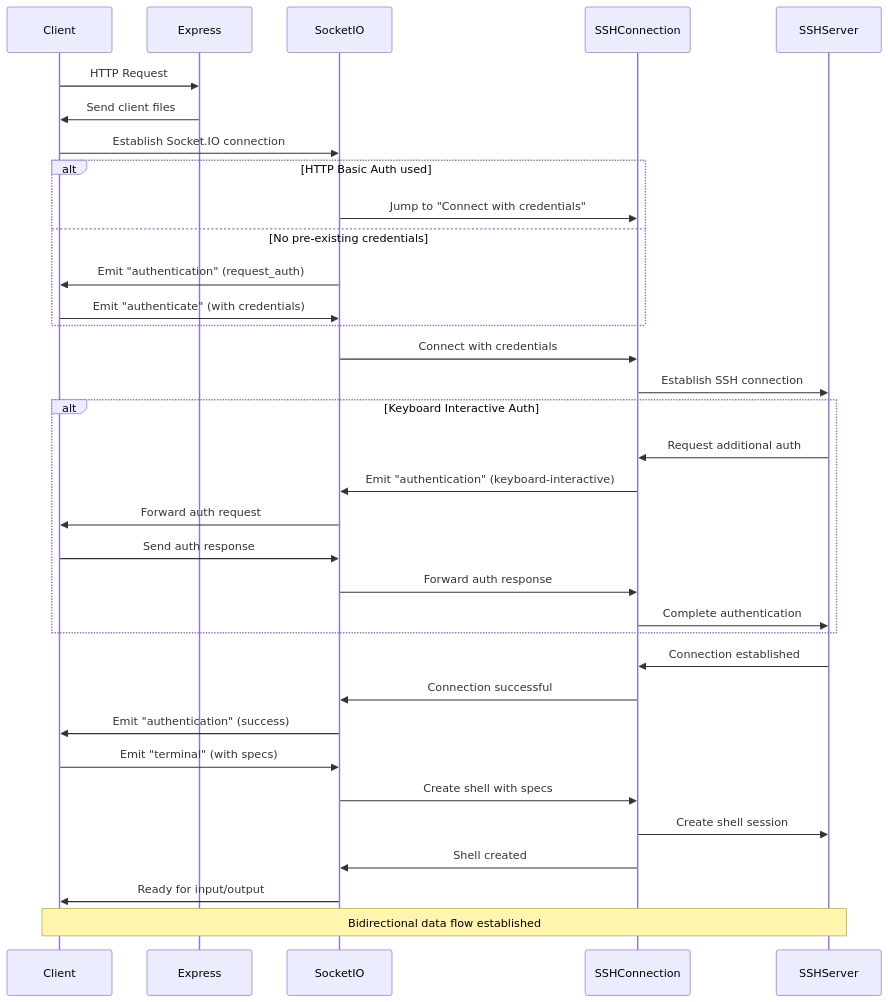
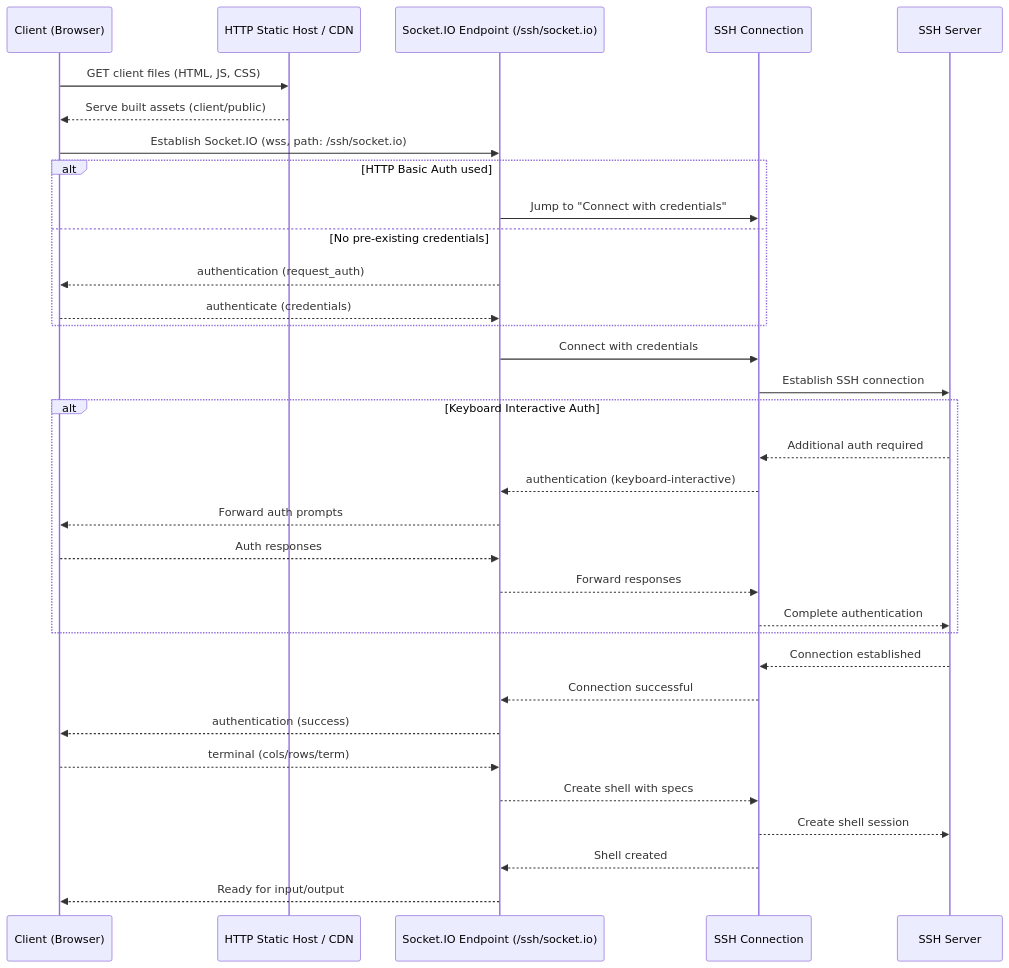
One commit to billchurch/webssh2_client changed the first of 2 diagrams in FLOWS.md. Above: the diagram before and after it, drawn with Mermaid. The commit also changed other lines of this file and 21 other files, not shown here.

````diff
--- a/FLOWS.md
+++ b/FLOWS.md
@@ -3,37 +5,39 @@
 ```mermaid
 sequenceDiagram
-    participant Client
-    participant Express
-    participant SocketIO
-    participant SSHConnection
-    participant SSHServer
+    participant Browser as Client (Browser)
+    participant CDN as HTTP Static Host / CDN
+    participant IO as Socket.IO Endpoint (/ssh/socket.io)
+    participant SSHConn as SSH Connection
+    participant SSH as SSH Server
 
-    Client->>Express: HTTP Request
-    Express->>Client: Send client files
-    Client->>SocketIO: Establish Socket.IO connection
+    Browser->>CDN: GET client files (HTML, JS, CSS)
+    CDN-->>Browser: Serve built assets (client/public)
+
+    Browser->>IO: Establish Socket.IO (wss, path: /ssh/socket.io)
     alt HTTP Basic Auth used
-        SocketIO->>SSHConnection: Jump to "Connect with credentials"
+        IO->>SSHConn: Jump to "Connect with credentials"
     else No pre-existing credentials
-        SocketIO->>Client: Emit "authentication" (request_auth)
-        Client->>SocketIO: Emit "authenticate" (with credentials)
+        IO-->>Browser: authentication (request_auth)
+        Browser-->>IO: authenticate (credentials)
     end
-    SocketIO->>SSHConnection: Connect with credentials
-    SSHConnection->>SSHServer: Establish SSH connection
+
+    IO->>SSHConn: Connect with credentials
+    SSHConn->>SSH: Establish SSH connection
     alt Keyboard Interactive Auth
-        SSHServer->>SSHConnection: Request additional auth
-        SSHConnection->>SocketIO: Emit "authentication" (keyboard-interactive)
-        SocketIO->>Client: Forward auth request
-        Client->>SocketIO: Send auth response
-        SocketIO->>SSHConnection: Forward auth response
-        SSHConnection->>SSHServer: Complete authentication
+        SSH-->>SSHConn: Additional auth required
+        SSHConn-->>IO: authentication (keyboard-interactive)
+        IO-->>Browser: Forward auth prompts
+        Browser-->>IO: Auth responses
+        IO-->>SSHConn: Forward responses
+        SSHConn-->>SSH: Complete authentication
     end
-    SSHServer->>SSHConnection: Connection established
-    SSHConnection->>SocketIO: Connection successful
-    SocketIO->>Client: Emit "authentication" (success)
-    Client->>SocketIO: Emit "terminal" (with specs)
-    SocketIO->>SSHConnection: Create shell with specs
-    SSHConnection->>SSHServer: Create shell session
-    SSHConnection->>SocketIO: Shell created
-    SocketIO->>Client: Ready for input/output
-    Note over Client,SSHServer: Bidirectional data flow established
+
+    SSH-->>SSHConn: Connection established
+    SSHConn-->>IO: Connection successful
+    IO-->>Browser: authentication (success)
+    Browser-->>IO: terminal (cols/rows/term)
+    IO-->>SSHConn: Create shell with specs
+    SSHConn-->>SSH: Create shell session
+    SSHConn-->>IO: Shell created
+    IO-->>Browser: Ready for input/output
 ```
````
